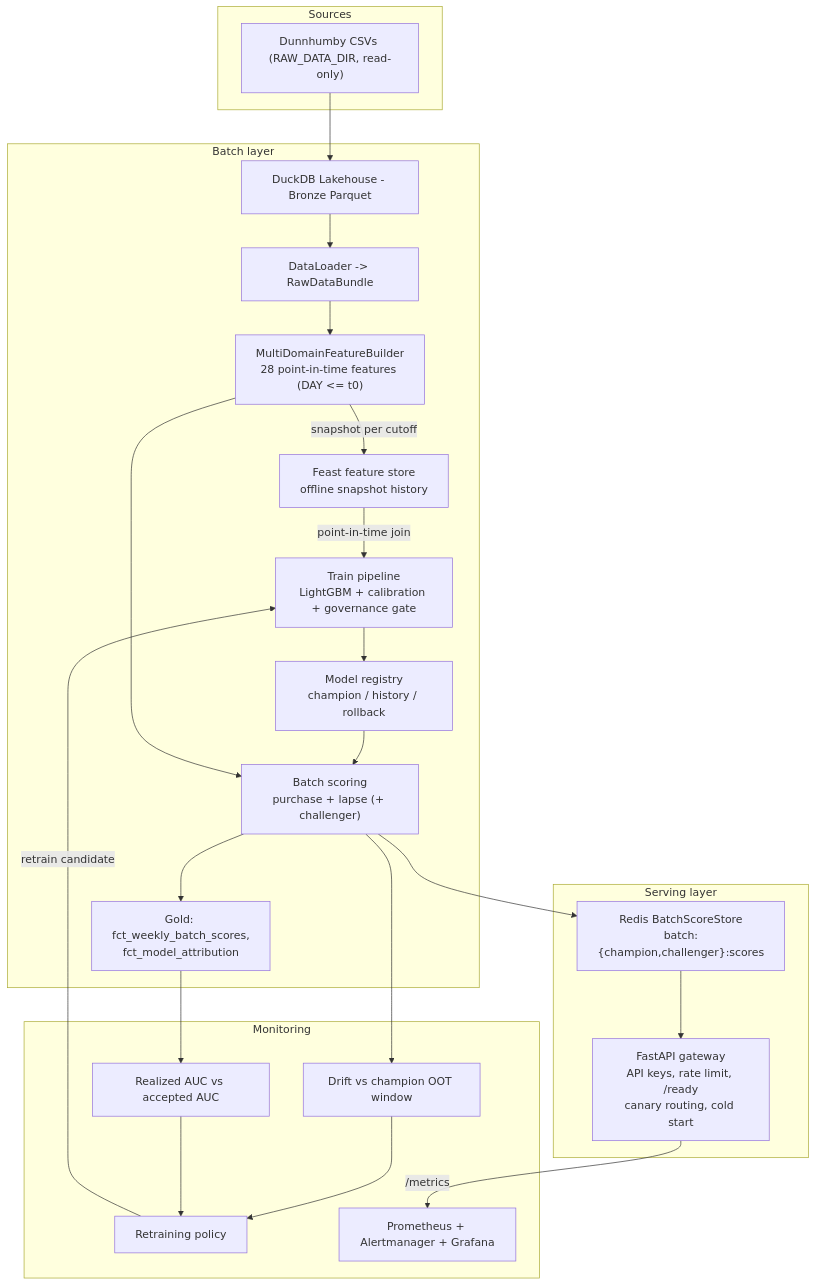
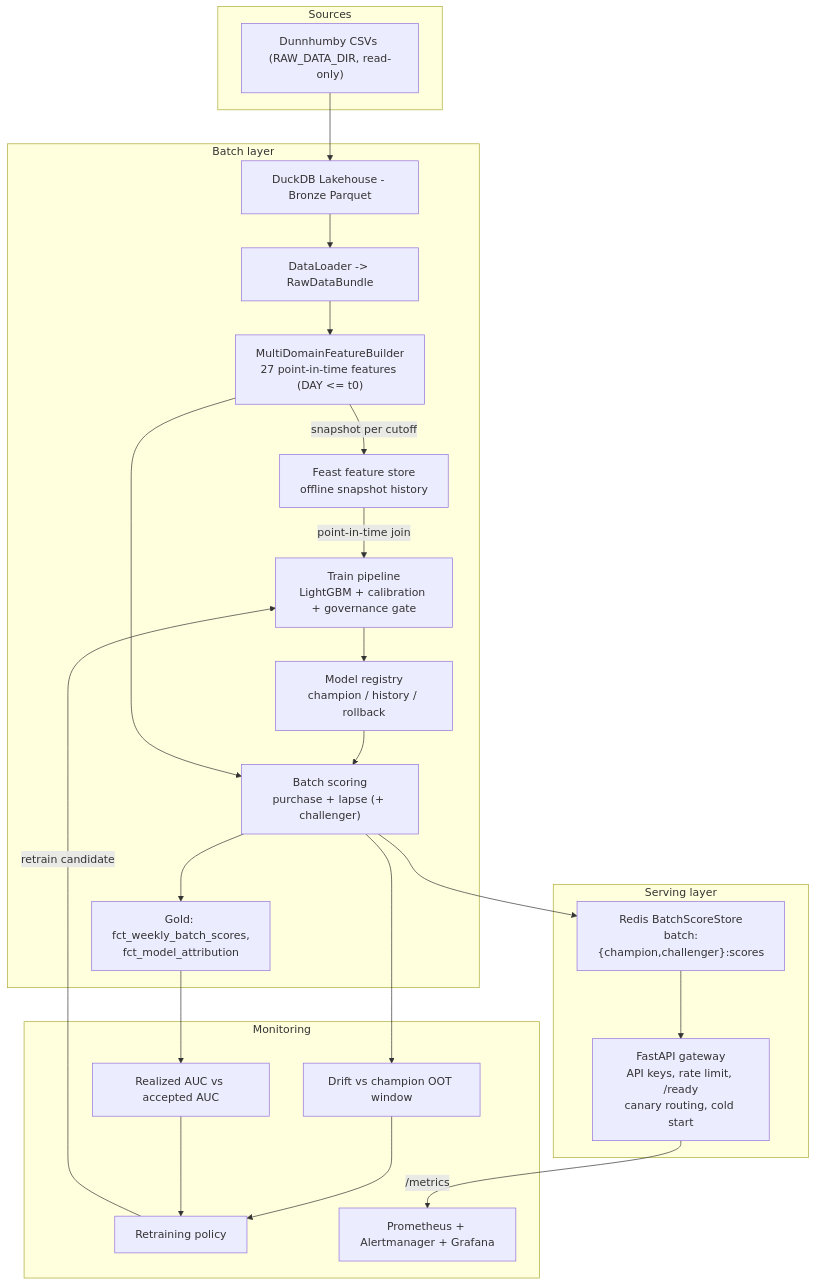
One commit to kien3007/PropensityModel changed the diagram in README.md. Above: the diagram before and after it, drawn with Mermaid. The commit also changed other lines of this file and 24 other files, not shown here.

````diff
--- a/README.md
+++ b/README.md
@@ -31,45 +31,45 @@
 ```mermaid
 flowchart TD
     subgraph Sources["Sources"]
         CSV["Dunnhumby CSVs (RAW_DATA_DIR, read-only)"]
     end
 
     subgraph Batch["Batch layer"]
         Bronze["DuckDB Lakehouse - Bronze Parquet"]
         Loader["DataLoader -> RawDataBundle"]
-        Features["MultiDomainFeatureBuilder<br/>28 point-in-time features (DAY <= t0)"]
+        Features["MultiDomainFeatureBuilder<br/>27 point-in-time features (DAY <= t0)"]
         FS["Feast feature store<br/>offline snapshot history"]
         Train["Train pipeline<br/>LightGBM + calibration + governance gate"]
         Registry["Model registry<br/>champion / history / rollback"]
         Score["Batch scoring<br/>purchase + lapse (+ challenger)"]
         Gold["Gold: fct_weekly_batch_scores,<br/>fct_model_attribution"]
     end
 
     subgraph Serving["Serving layer"]
         Store["Redis BatchScoreStore<br/>batch:{champion,challenger}:scores"]
         API["FastAPI gateway<br/>API keys, rate limit, /ready<br/>canary routing, cold start"]
     end
 
     subgraph Monitoring["Monitoring"]
         Drift["Drift vs champion OOT window"]
         Feedback["Realized AUC vs accepted AUC"]
         Policy["Retraining policy"]
         Prom["Prometheus + Alertmanager + Grafana"]
     end
 
     CSV --> Bronze --> Loader --> Features
     Features -->|snapshot per cutoff| FS
     FS -->|point-in-time join| Train
     Train --> Registry
     Registry --> Score
     Features --> Score
     Score --> Gold
     Score --> Store
     Store --> API
     Score --> Drift
     Gold --> Feedback
     Drift --> Policy
     Feedback --> Policy
     Policy -->|retrain candidate| Train
     API -->|/metrics| Prom
 ```
````
